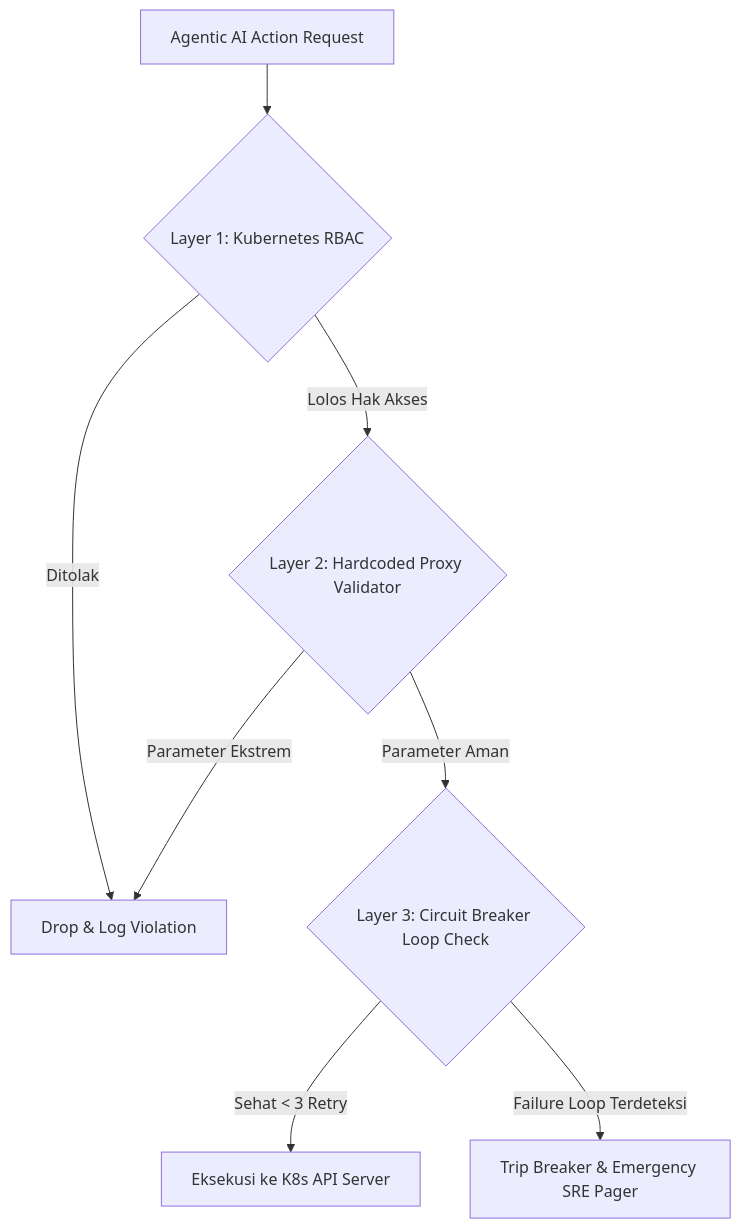
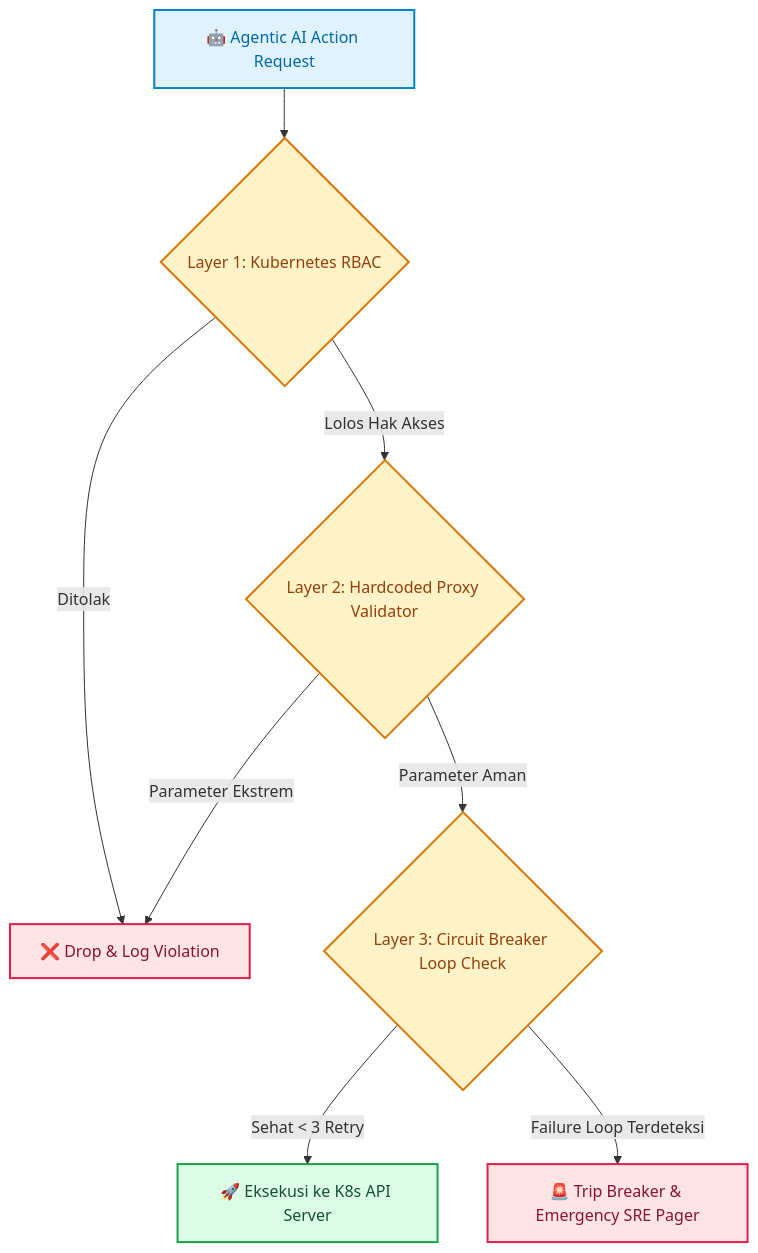
The diagram in _posts/2026-08-16-membangun-guardrails-keamanan-agen-ai-eks.md (abdul-zailani/abdul-zailani.github.io), drawn with Mermaid before and after one commit. The commit also changed other lines of this file and 12 other files, not shown here.

Commit message:
feat(diagrams): upgrade to mermaid v11 hand-drawn excalidraw style with macos window cards

````diff
--- a/_posts/2026-08-16-membangun-guardrails-keamanan-agen-ai-eks.md
+++ b/_posts/2026-08-16-membangun-guardrails-keamanan-agen-ai-eks.md
@@ -37,10 +38,20 @@
 ```mermaid
 graph TD
-    A[Agentic AI Action Request] --> B{Layer 1: Kubernetes RBAC}
+    A[🤖 Agentic AI Action Request] --> B{Layer 1: Kubernetes RBAC}
     B -->|Lolos Hak Akses| C{Layer 2: Hardcoded Proxy Validator}
-    B -->|Ditolak| X[Drop & Log Violation]
+    B -->|Ditolak| X[❌ Drop & Log Violation]
     C -->|Parameter Aman| D{Layer 3: Circuit Breaker Loop Check}
     C -->|Parameter Ekstrem| X
-    D -->|Sehat < 3 Retry| E[Eksekusi ke K8s API Server]
-    D -->|Failure Loop Terdeteksi| F[Trip Breaker & Emergency SRE Pager]
+    D -->|Sehat < 3 Retry| E[🚀 Eksekusi ke K8s API Server]
+    D -->|Failure Loop Terdeteksi| F[🚨 Trip Breaker & Emergency SRE Pager]
+
+    classDef primary fill:#E0F2FE,stroke:#0284C7,stroke-width:2px,color:#0369A1;
+    classDef warning fill:#FEF3C7,stroke:#D97706,stroke-width:2px,color:#92400E;
+    classDef success fill:#DCFCE7,stroke:#16A34A,stroke-width:2px,color:#14532D;
+    classDef error fill:#FFE4E6,stroke:#E11D48,stroke-width:2px,color:#881337;
+
+    class A primary;
+    class B,C,D warning;
+    class E success;
+    class X,F error;
 ```
````
